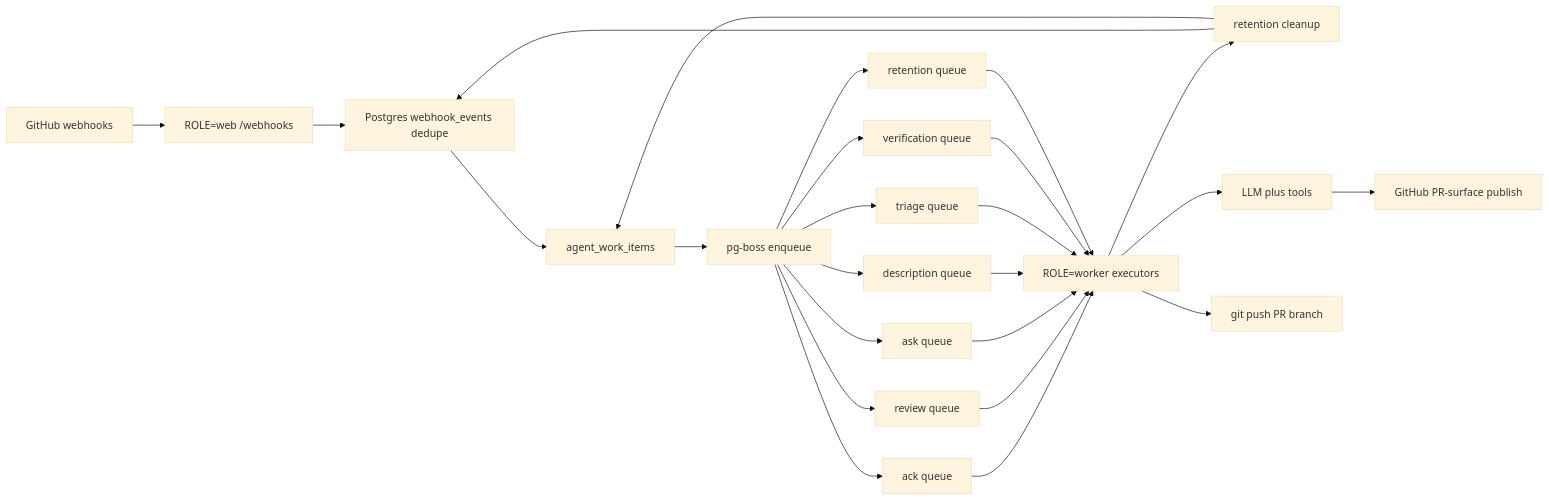
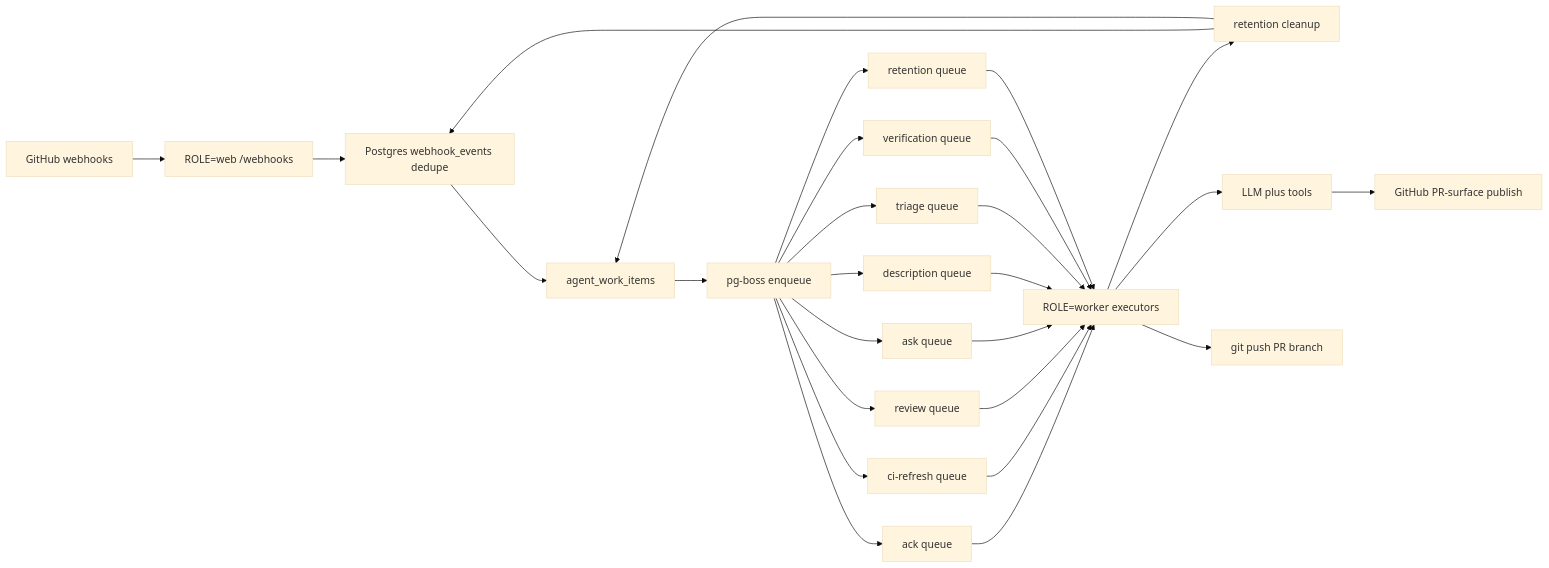
The diagram in README.md (prathamdby/pr-agent), drawn with Mermaid (base theme) before and after one commit. The commit also changed other lines of this file and 44 other files, not shown here.

````diff
--- a/README.md
+++ b/README.md
@@ -212,27 +212,29 @@
 ```mermaid
 flowchart LR
   GitHub[GitHub webhooks] --> Web["ROLE=web /webhooks"]
   Web --> Dedupe[Postgres webhook_events dedupe]
   Dedupe --> Items[agent_work_items]
   Items --> Boss[pg-boss enqueue]
   Boss --> AckQ[ack queue]
+  Boss --> CiRefQ[ci-refresh queue]
   Boss --> RevQ[review queue]
   Boss --> AskQ[ask queue]
   Boss --> DescQ[description queue]
   Boss --> TriageQ[triage queue]
   Boss --> VerifQ[verification queue]
   Boss --> RetQ[retention queue]
   AckQ --> Worker["ROLE=worker executors"]
+  CiRefQ --> Worker
   RevQ --> Worker
   AskQ --> Worker
   DescQ --> Worker
   TriageQ --> Worker
   VerifQ --> Worker
   RetQ --> Worker
   Worker --> Retention[retention cleanup]
   Retention --> Dedupe
   Retention --> Items
   Worker --> LLM[LLM plus tools]
   LLM --> Publish[GitHub PR-surface publish]
   Worker --> Push[git push PR branch]
 ```
````
